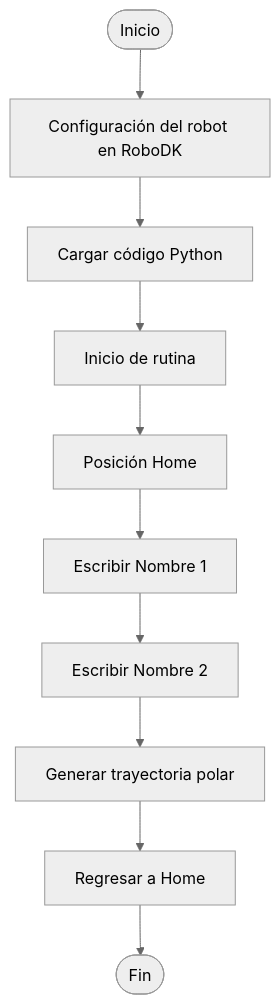
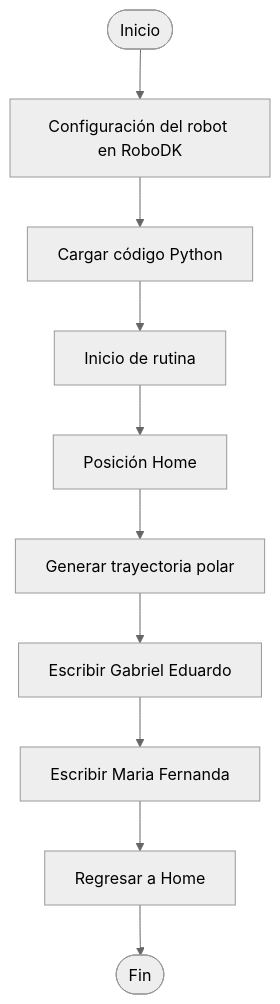
Before and after one commit to labsir-un/Robotica-2026-I-Equipo-3B-Bojaca-Morillo: the diagram in Laboratorio No. 02 - Robótica Industrial Motoman MH6 y RoboDK/README.MD, drawn with Mermaid (neutral theme).

````diff
--- a/Laboratorio No. 02 - Robótica Industrial Motoman MH6 y RoboDK/README.MD
+++ b/Laboratorio No. 02 - Robótica Industrial Motoman MH6 y RoboDK/README.MD
@@ -308,23 +308,24 @@
 ```mermaid
 flowchart TD
 
     A([Inicio])
 
     A --> B[Configuración del robot en RoboDK]
 
     B --> C[Cargar código Python]
 
     C --> D[Inicio de rutina]
 
-    D --> E[Posición Home]
+    D --> E[Posición Home] 
+    E --> F[Generar trayectoria polar]
 
-    E --> F[Escribir Nombre 1]
+    F--> G[Escribir Gabriel Eduardo]
 
-    F --> G[Escribir Nombre 2]
+    G --> H[Escribir Maria Fernanda]
 
-    G --> H[Generar trayectoria polar]
+   
 
     H --> I[Regresar a Home]
 
     I --> J([Fin])
 ```
````
